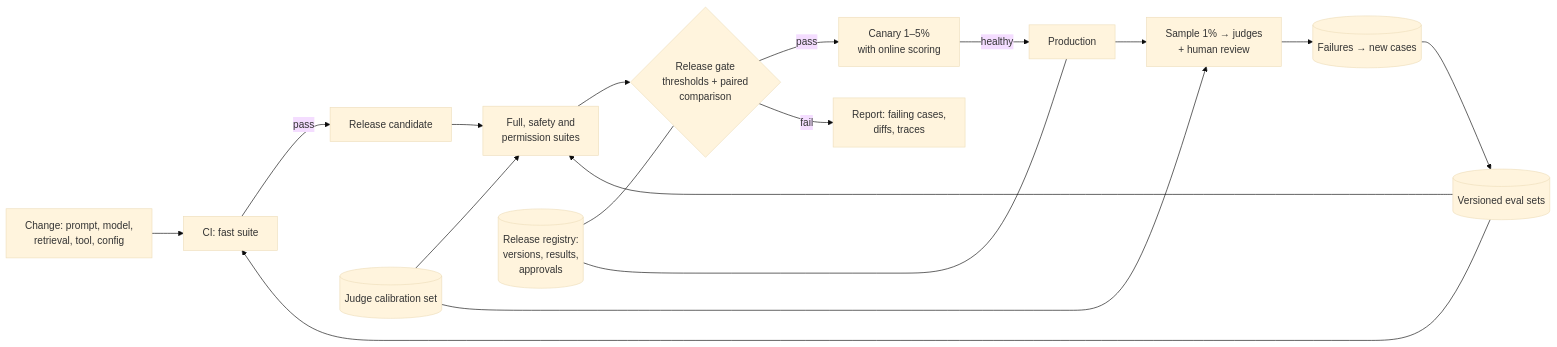
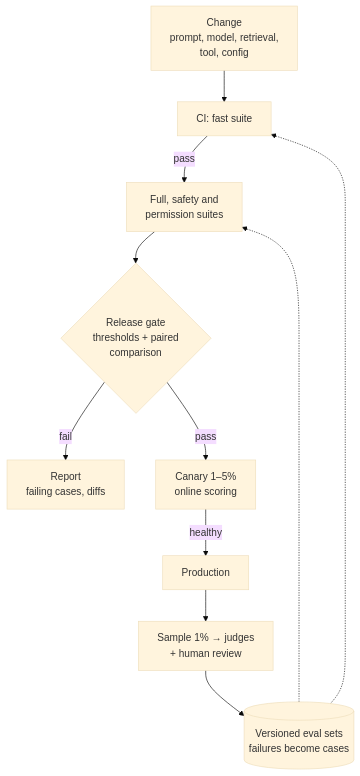
The diagram in images/src/4.7-eval-and-release-pipeline.mmd (daneb/ai-system-design-primer), drawn with Mermaid (base theme) before and after one commit. The commit also changed 151 other files, not shown here.

```diff
--- a/images/src/4.7-eval-and-release-pipeline.mmd
+++ b/images/src/4.7-eval-and-release-pipeline.mmd
@@ -1,15 +1,12 @@
-%% alt: Diagram for 4.7 Design an eval and release pipeline: Change: prompt, model, retrieval, tool, config, CI: fast suite, Release candidate, Full, safety and permission suites, Release gate thresholds + paired comparison
-flowchart LR
-  CH[Change: prompt, model,<br/>retrieval, tool, config] --> CI[CI: fast suite]
-  CI -->|pass| RC[Release candidate]
-  RC --> FS[Full, safety and<br/>permission suites]
-  FS --> G{Release gate<br/>thresholds + paired<br/>comparison}
-  G -->|pass| CA[Canary 1–5%<br/>with online scoring]
-  CA -->|healthy| PR[Production]
-  G -->|fail| RP[Report: failing cases,<br/>diffs, traces]
-  PR --> SM[Sample 1% → judges<br/>+ human review]
-  SM --> FB[(Failures → new cases)]
-  FB --> DS[(Versioned eval sets)]
-  DS --> CI & FS
-  J[(Judge calibration set)] --> FS & SM
-  REG[(Release registry:<br/>versions, results,<br/>approvals)] --- G & PR
+%% alt: A change to a prompt, model, retrieval, tool or configuration runs the fast eval suite in CI, then the full, safety and permission suites. A release gate compares the candidate with production on thresholds and paired comparison: failures produce a report of failing cases, diffs and traces; passes go to a 1 to 5 percent canary with online scoring and then to production. In production, a 1 percent sample goes to judges and human review, and failures become new cases in the versioned eval sets that the suites run on.
+flowchart TB
+  CH[Change<br/>prompt, model, retrieval,<br/>tool, config]:::human --> CI[CI: fast suite]:::control
+  CI -->|pass| FS[Full, safety and<br/>permission suites]:::control
+  FS --> G{Release gate<br/>thresholds + paired<br/>comparison}:::control
+  G -->|fail| RP[Report<br/>failing cases, diffs]:::tool
+  G -->|pass| CA[Canary 1–5%<br/>online scoring]:::model
+  CA -->|healthy| PR[Production]:::model
+  PR --> SM[Sample 1% → judges<br/>+ human review]:::human
+  SM --> DS[(Versioned eval sets<br/>failures become cases)]:::data
+  DS -.-> CI
+  DS -.-> FS
```
